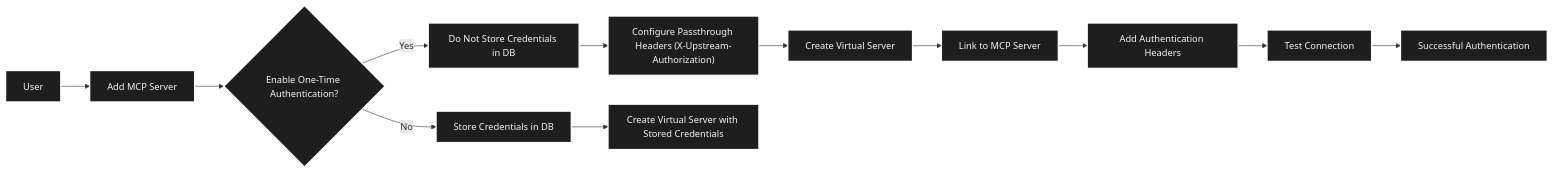
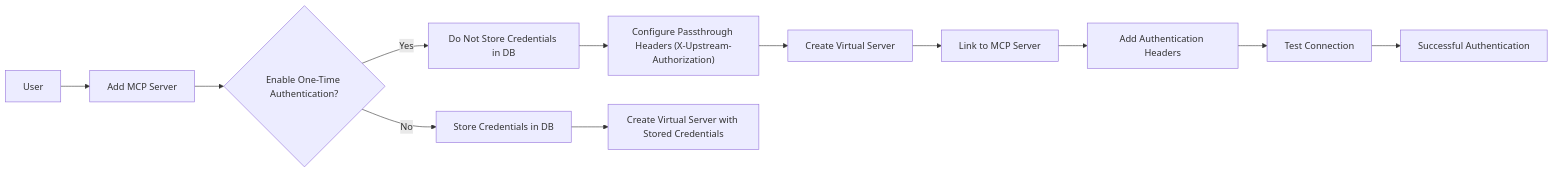
One commit to tedhabeck/mcp-context-forge changed the second of 3 diagrams in docs/docs/overview/passthrough.md. Above: the diagram before and after it, drawn with Mermaid. The commit also changed 147 other files, not shown here.

First line of the commit message:
docs: refresh docs formatting, links, and diagrams (#2624)

````diff
--- a/docs/docs/overview/passthrough.md
+++ b/docs/docs/overview/passthrough.md
@@ -330,18 +330,14 @@
 ```mermaid
 graph LR
     A[User] --> B["Add MCP Server"]
     B --> C{"Enable One-Time Authentication?"}
     C -->|Yes| D["Do Not Store Credentials in DB"]
     C -->|No| E["Store Credentials in DB"]
     D --> F["Configure Passthrough Headers (X-Upstream-Authorization)"]
     F --> G["Create Virtual Server"]
     G --> H["Link to MCP Server"]
     H --> I["Add Authentication Headers"]
     I --> J["Test Connection"]
     J --> K["Successful Authentication"]
     E --> L["Create Virtual Server with Stored Credentials"]
-
-    %% Define styling for steps (Dark mode colors)
-    classDef step fill:#1e1e1e,stroke:#ffffff,stroke-width:2px,color:#f5f5f5;
-    class A,B,C,D,E,F,G,H,I,J,K,L step;
 ```
````
